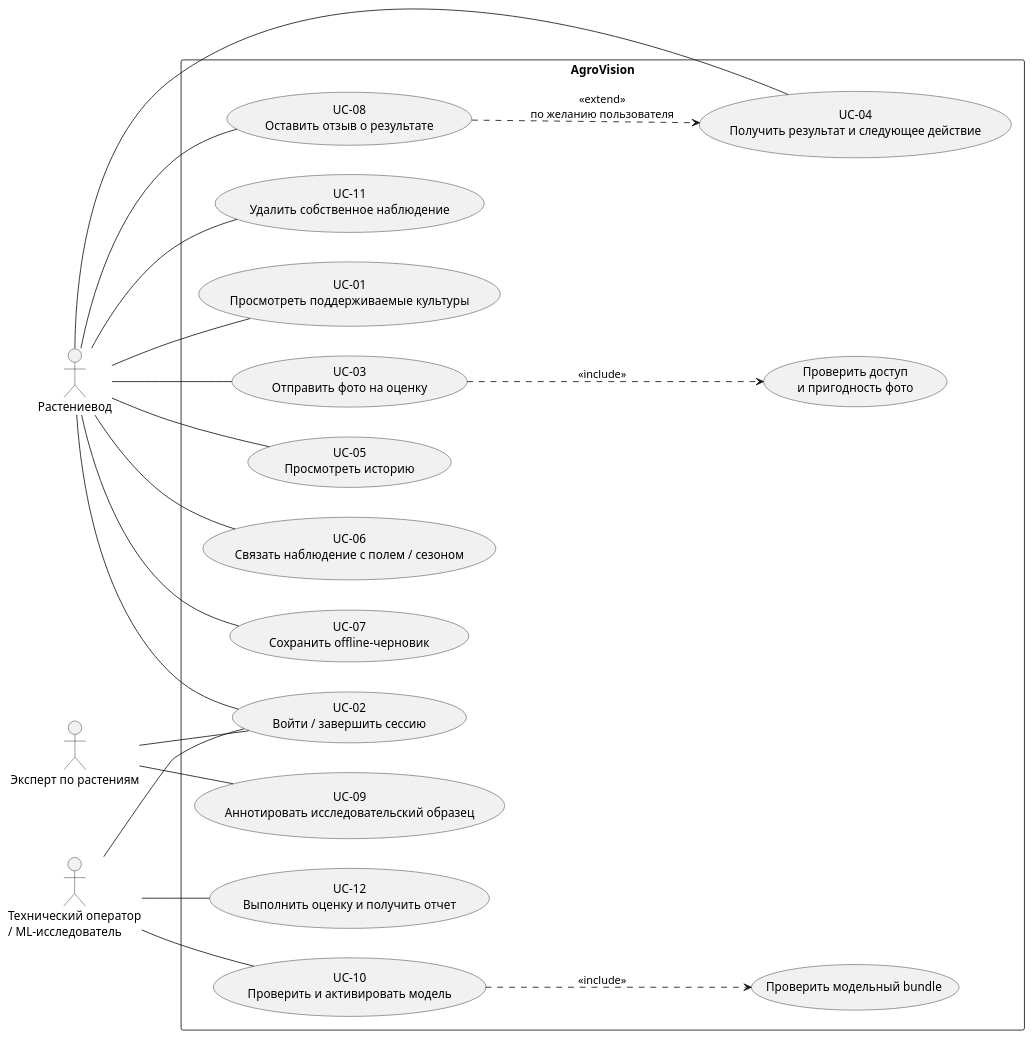
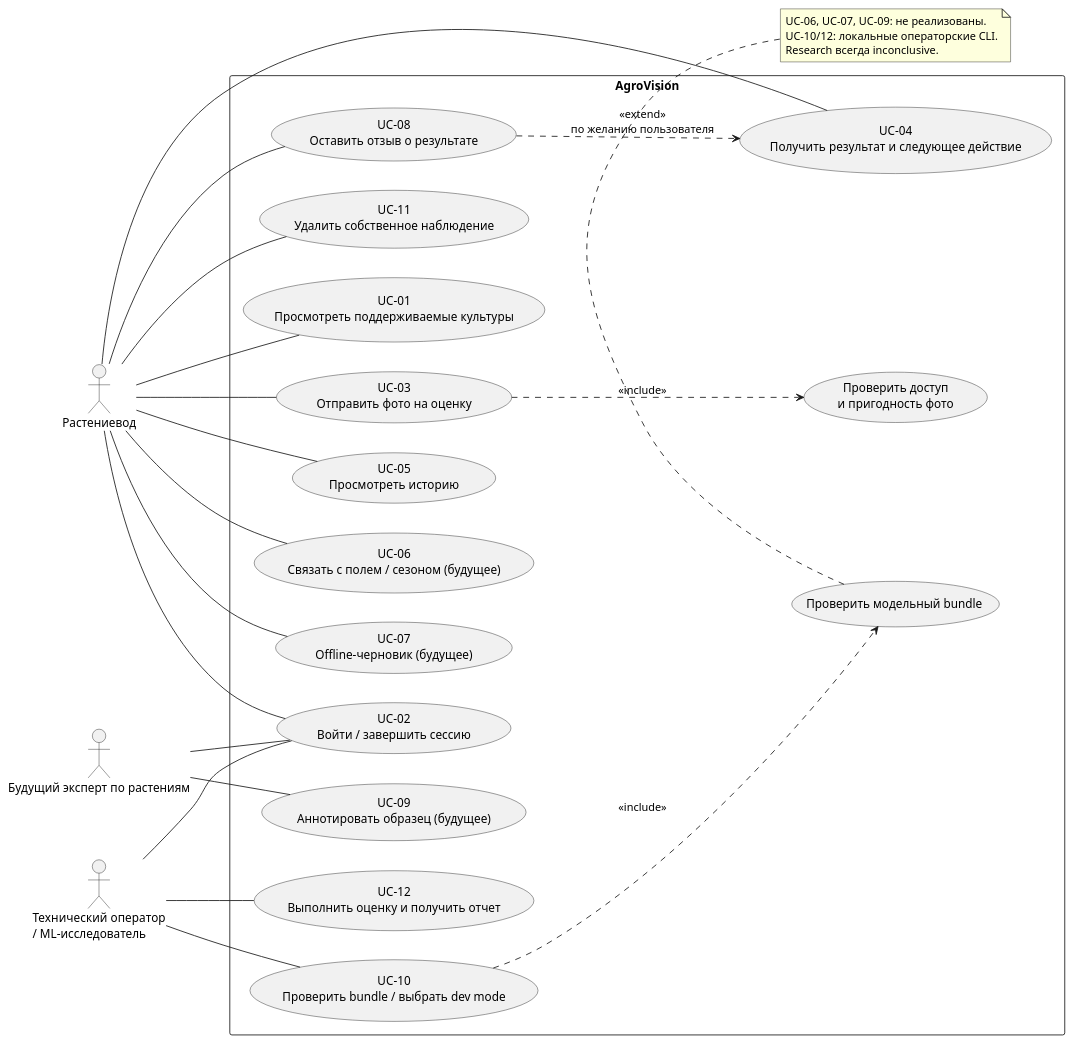
One commit to maqsatto/An-Intelligent-Computer-Vision-System-for-Plant-Disease-Diagnosis-in-Kazakhstan changed the diagram in docs/foundation/architecture/diagrams/use_cases.puml. Above: the diagram before and after it, drawn with PlantUML. The commit also changed 17 other files, not shown here.

Commit message:
AIC-4: align requirements, comparisons and diagrams with implemented MVP

```diff
--- a/docs/foundation/architecture/diagrams/use_cases.puml
+++ b/docs/foundation/architecture/diagrams/use_cases.puml
@@ -1,41 +1,46 @@
 @startuml
 left to right direction
 actor "Растениевод" as Farmer
-actor "Эксперт по растениям" as Expert
+actor "Будущий эксперт по растениям" as Expert
 actor "Технический оператор\n/ ML-исследователь" as Operator
 
 rectangle "AgroVision" {
   usecase "UC-01\nПросмотреть поддерживаемые культуры" as UC01
   usecase "UC-02\nВойти / завершить сессию" as UC02
   usecase "UC-03\nОтправить фото на оценку" as UC03
   usecase "UC-04\nПолучить результат и следующее действие" as UC04
   usecase "UC-05\nПросмотреть историю" as UC05
-  usecase "UC-06\nСвязать наблюдение с полем / сезоном" as UC06
-  usecase "UC-07\nСохранить offline-черновик" as UC07
+  usecase "UC-06\nСвязать с полем / сезоном (будущее)" as UC06
+  usecase "UC-07\nOffline-черновик (будущее)" as UC07
   usecase "UC-08\nОставить отзыв о результате" as UC08
-  usecase "UC-09\nАннотировать исследовательский образец" as UC09
-  usecase "UC-10\nПроверить и активировать модель" as UC10
+  usecase "UC-09\nАннотировать образец (будущее)" as UC09
+  usecase "UC-10\nПроверить bundle / выбрать dev mode" as UC10
   usecase "UC-11\nУдалить собственное наблюдение" as UC11
   usecase "UC-12\nВыполнить оценку и получить отчет" as UC12
   usecase "Проверить доступ\nи пригодность фото" as PhotoCheck
   usecase "Проверить модельный bundle" as BundleCheck
 }
 
 Farmer -- UC01
 Farmer -- UC02
 Farmer -- UC03
 Farmer -- UC04
 Farmer -- UC05
 Farmer -- UC06
 Farmer -- UC07
 Farmer -- UC08
 Farmer -- UC11
 Expert -- UC02
 Expert -- UC09
 Operator -- UC02
 Operator -- UC10
 Operator -- UC12
 UC03 ..> PhotoCheck : <<include>>
 UC10 ..> BundleCheck : <<include>>
 UC08 ..> UC04 : <<extend>>\nпо желанию пользователя
+note bottom
+UC-06, UC-07, UC-09: не реализованы.
+UC-10/12: локальные операторские CLI.
+Research всегда inconclusive.
+end note
 @enduml
```
